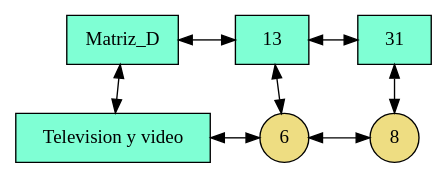
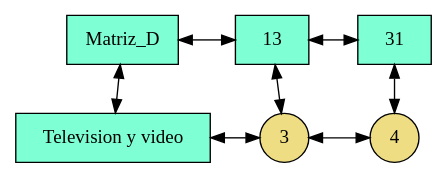
The diagram in frontend/src/assets/img/2020-08.dot (William58-0/201909103_ProyectoEDD), drawn with Graphviz before and after one commit. The commit also changed 44 other files, not shown here.

```diff
--- a/frontend/src/assets/img/2020-08.dot
+++ b/frontend/src/assets/img/2020-08.dot
@@ -1,23 +1,23 @@
 digraph {
 rankdir = BT;
 node [shape=rectangle style=filled];
 graph[ nodesep = 0.5];
 { rank=same; nodoMatriz_D; nodo13;}
  { rank=same; nodo13; nodo31;}
  { rank=same; nodoTelevision_y_video; nodo13Television_y_video;}
  { rank=same; nodo13Television_y_video; nodo31Television_y_video;}
  nodoMatriz_D [label="Matriz_D" fillcolor=aquamarine]
 nodo13 [label="13" fillcolor=aquamarine]
 nodoMatriz_D->nodo13 [dir=both]
 nodo31 [label="31" fillcolor=aquamarine]
 nodo13->nodo31 [dir=both]
 nodoTelevision_y_video [label="Television y video" fillcolor=aquamarine]
 nodoTelevision_y_video->nodoMatriz_D [dir=both]
-nodo13Television_y_video [label="6" shape=circle fillcolor=lightgoldenrod]
+nodo13Television_y_video [label="3" shape=circle fillcolor=lightgoldenrod]
 nodo13Television_y_video->nodo13 [dir=both]
 nodoTelevision_y_video->nodo13Television_y_video [constraint=false; dir=both]
-nodo31Television_y_video [label="8" shape=circle fillcolor=lightgoldenrod]
+nodo31Television_y_video [label="4" shape=circle fillcolor=lightgoldenrod]
 nodo31Television_y_video->nodo31 [dir=both]
 nodo13Television_y_video->nodo31Television_y_video [constraint=false; dir=both]
 { rank=same; nodoMatriz_D; nodo13; nodo31; }
  }
```
